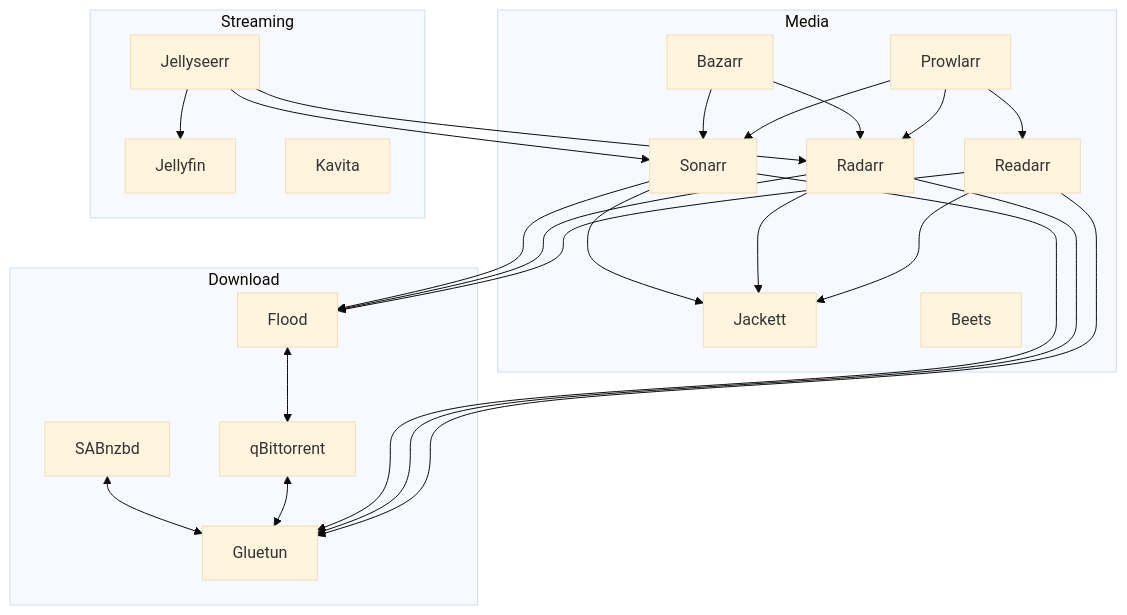
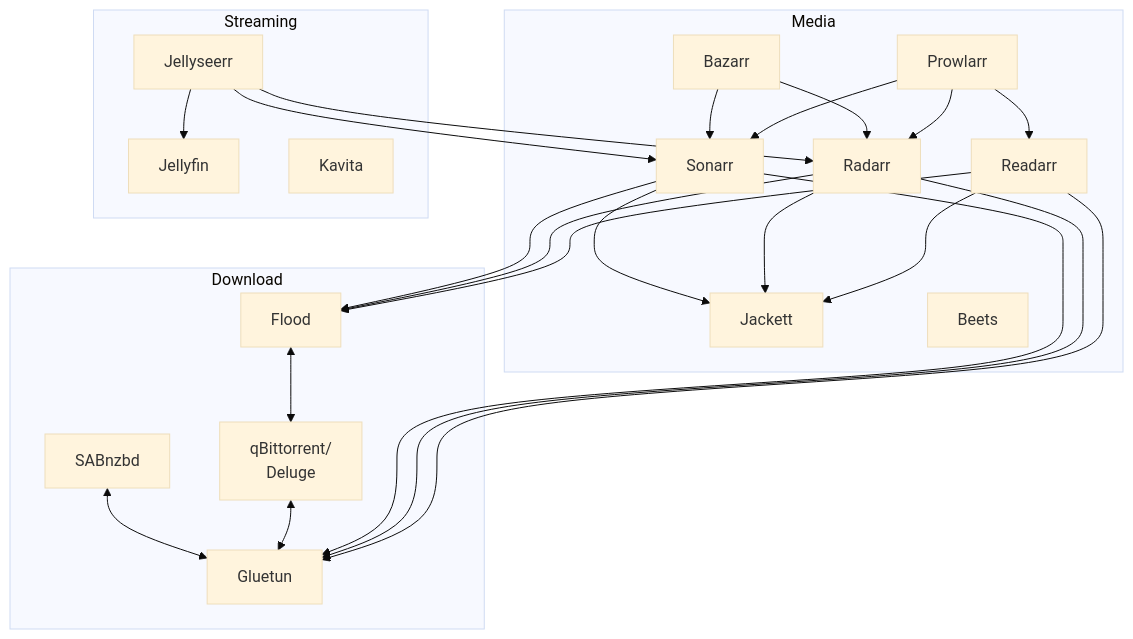
The diagram in readme.md (TheGameProfi/HatSetup), drawn with Mermaid (base theme) before and after one commit. The commit also changed other lines of this file and 1 other file, not shown here.

Commit message:
add Deluge

````diff
--- a/readme.md
+++ b/readme.md
@@ -28,21 +29,21 @@
 ```mermaid
 flowchart
     subgraph Download
     Gluetun
-    SABnzbd & qBittorrent <--> Gluetun
-    Flood <--> qBittorrent
+    SABnzbd & torrent[qBittorrent/ <br> Deluge] <--> Gluetun
+    Flood <--> torrent
     end
 
     subgraph Media
     Sonarr & Radarr & Readarr --> Gluetun & Flood & Jackett
     Bazarr --> Sonarr & Radarr
     Prowlarr --> Sonarr & Radarr & Readarr
     Beets
     end
 
     subgraph Streaming
     Jellyfin
     Jellyseerr --> Jellyfin & Sonarr & Radarr
     Kavita
     end
 ```
````
